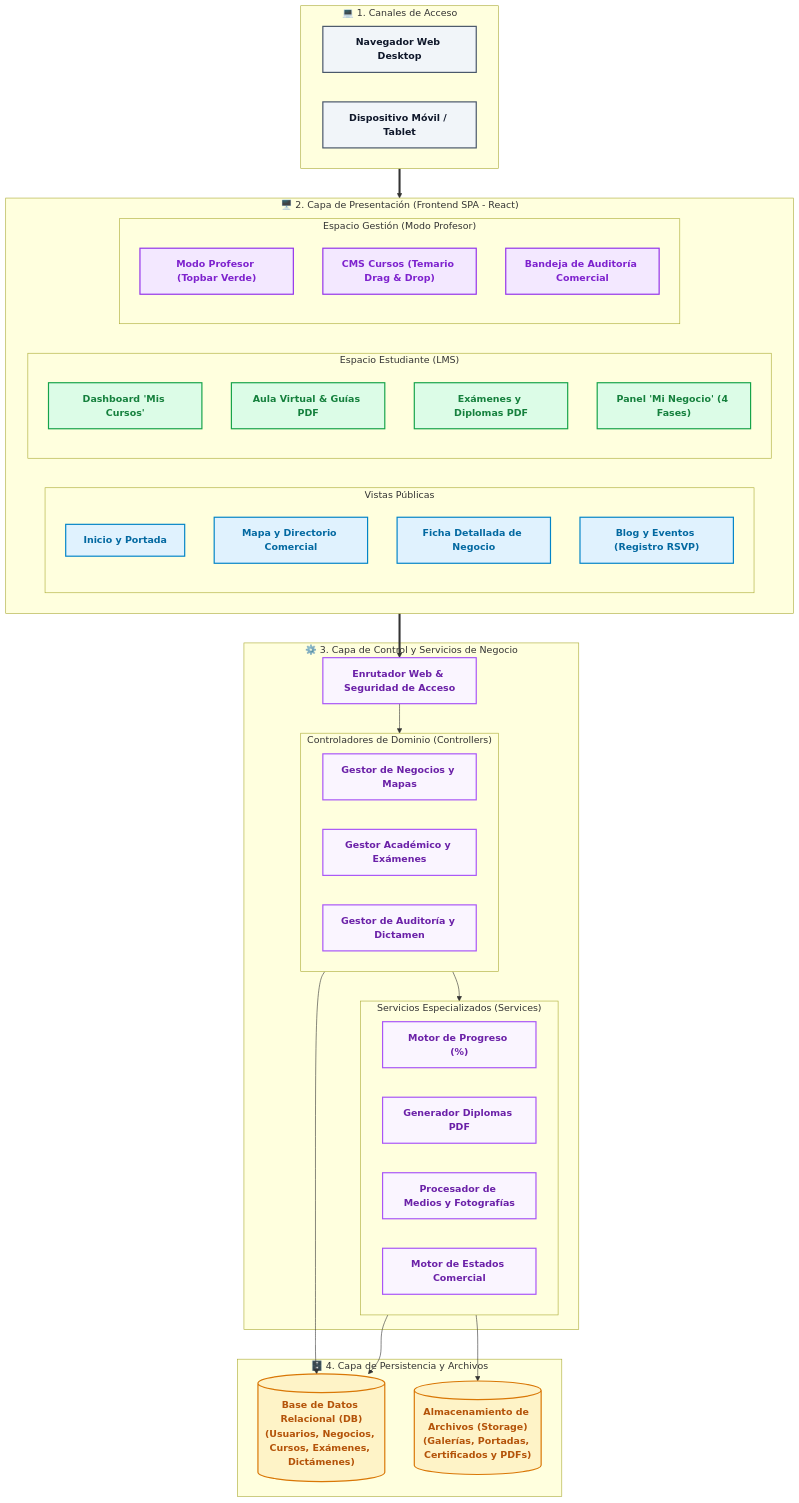
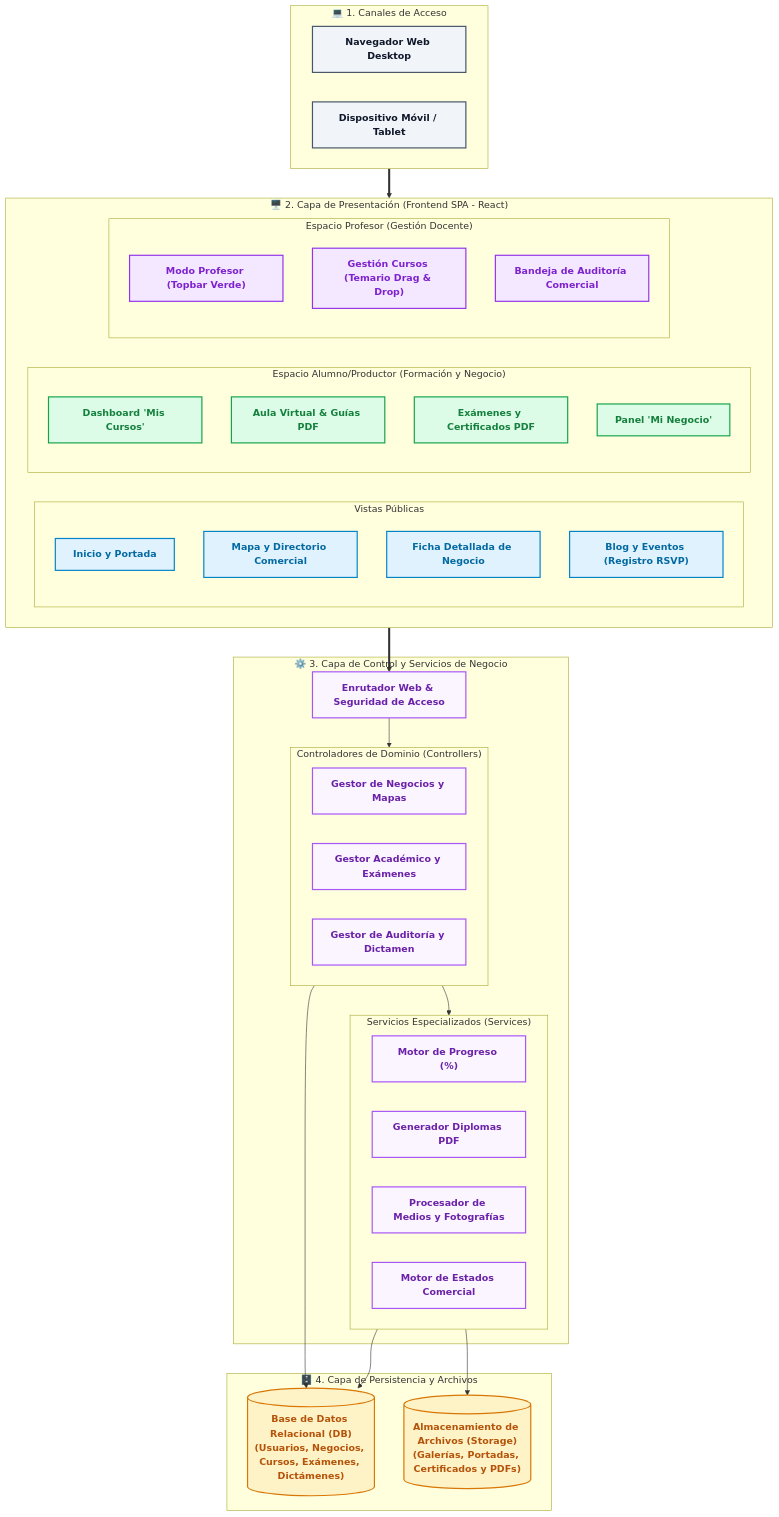
Before and after one commit to DaveCuc/reserva-platform: the second of 2 diagrams in documentacion/Diagrama_2_Arquitectura_Plataforma.md, drawn with Mermaid. The commit also changed other lines of this file and 12 other files, not shown here.

Commit message:
docs: add comprehensive system architecture, dashboard logic, and reference documentation markdown files

````diff
--- a/documentacion/Diagrama_2_Arquitectura_Plataforma.md
+++ b/documentacion/Diagrama_2_Arquitectura_Plataforma.md
@@ -124,72 +124,72 @@
 ```mermaid
 flowchart TD
     %% ESTILOS
     classDef client fill:#f1f5f9,stroke:#475569,stroke-width:2px,color:#0f172a,font-weight:bold;
     classDef pub fill:#e0f2fe,stroke:#0284c7,stroke-width:2px,color:#0369a1,font-weight:bold;
     classDef lms fill:#dcfce7,stroke:#16a34a,stroke-width:2px,color:#15803d,font-weight:bold;
     classDef admin fill:#f3e8ff,stroke:#9333ea,stroke-width:2px,color:#7e22ce,font-weight:bold;
     classDef logic fill:#faf5ff,stroke:#a855f7,stroke-width:2px,color:#6b21a8,font-weight:bold;
     classDef db fill:#fef3c7,stroke:#d97706,stroke-width:2px,color:#b45309,font-weight:bold;
 
     %% 1. CANALES
     subgraph CAPA1["💻 1. Canales de Acceso"]
         PC["Navegador Web Desktop"]:::client
         MOB["Dispositivo Móvil / Tablet"]:::client
     end
 
     %% 2. FRONTEND
     subgraph CAPA2["🖥️ 2. Capa de Presentación (Frontend SPA - React)"]
         subgraph F_PUB["Vistas Públicas"]
             P1["Inicio y Portada"]:::pub
             P2["Mapa y Directorio Comercial"]:::pub
             P3["Ficha Detallada de Negocio"]:::pub
             P4["Blog y Eventos (Registro RSVP)"]:::pub
         end
 
-        subgraph F_LMS["Espacio Estudiante (LMS)"]
+        subgraph F_LMS["Espacio Alumno/Productor (Formación y Negocio)"]
             E1["Dashboard 'Mis Cursos'"]:::lms
             E2["Aula Virtual & Guías PDF"]:::lms
-            E3["Exámenes y Diplomas PDF"]:::lms
-            E4["Panel 'Mi Negocio' (4 Fases)"]:::lms
+            E3["Exámenes y Certificados PDF"]:::lms
+            E4["Panel 'Mi Negocio'"]:::lms
         end
 
-        subgraph F_ADM["Espacio Gestión (Modo Profesor)"]
+        subgraph F_ADM["Espacio Profesor (Gestión Docente)"]
             A1["Modo Profesor (Topbar Verde)"]:::admin
-            A2["CMS Cursos (Temario Drag & Drop)"]:::admin
+            A2["Gestión Cursos (Temario Drag & Drop)"]:::admin
             A3["Bandeja de Auditoría Comercial"]:::admin
         end
     end
 
     %% 3. CONTROL Y SERVICIOS
     subgraph CAPA3["⚙️ 3. Capa de Control y Servicios de Negocio"]
         ROUTER["Enrutador Web & Seguridad de Acceso"]:::logic
         
         subgraph CTRLS["Controladores de Dominio (Controllers)"]
             C1["Gestor de Negocios y Mapas"]:::logic
             C2["Gestor Académico y Exámenes"]:::logic
             C3["Gestor de Auditoría y Dictamen"]:::logic
         end
 
         subgraph SERVS["Servicios Especializados (Services)"]
             S1["Motor de Progreso (%)"]:::logic
             S2["Generador Diplomas PDF"]:::logic
             S3["Procesador de Medios y Fotografías"]:::logic
             S4["Motor de Estados Comercial"]:::logic
         end
     end
 
     %% 4. PERSISTENCIA
     subgraph CAPA4["🗄️ 4. Capa de Persistencia y Archivos"]
         DB[("Base de Datos Relacional (DB)\n(Usuarios, Negocios, Cursos, Exámenes, Dictámenes)")]:::db
         FILES[("Almacenamiento de Archivos (Storage)\n(Galerías, Portadas, Certificados y PDFs)")]:::db
     end
 
     %% CONEXIONES
     CAPA1 ==> CAPA2
     CAPA2 ==> ROUTER
     ROUTER --> CTRLS
     CTRLS --> SERVS
     CTRLS --> DB
     SERVS --> FILES
     SERVS --> DB
 ```
````
